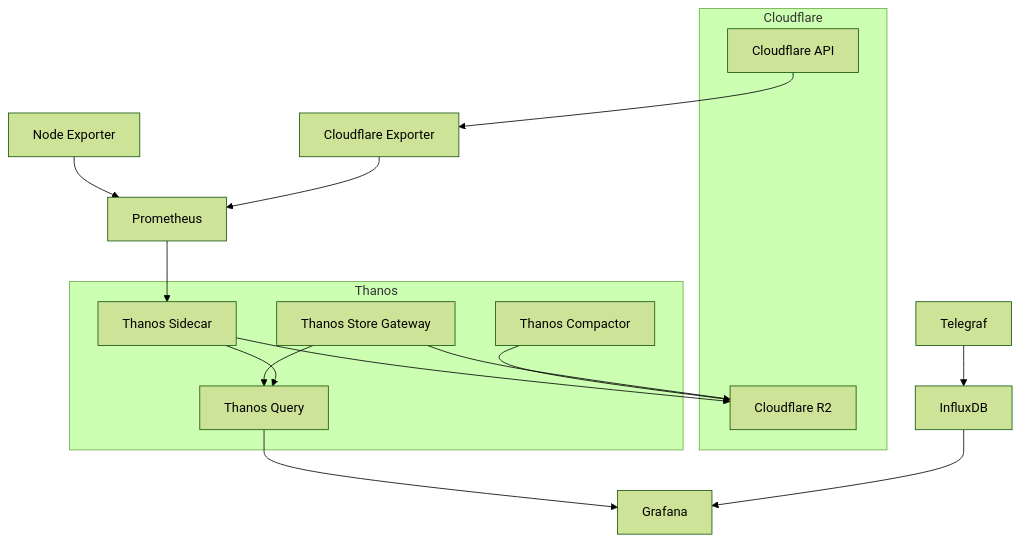
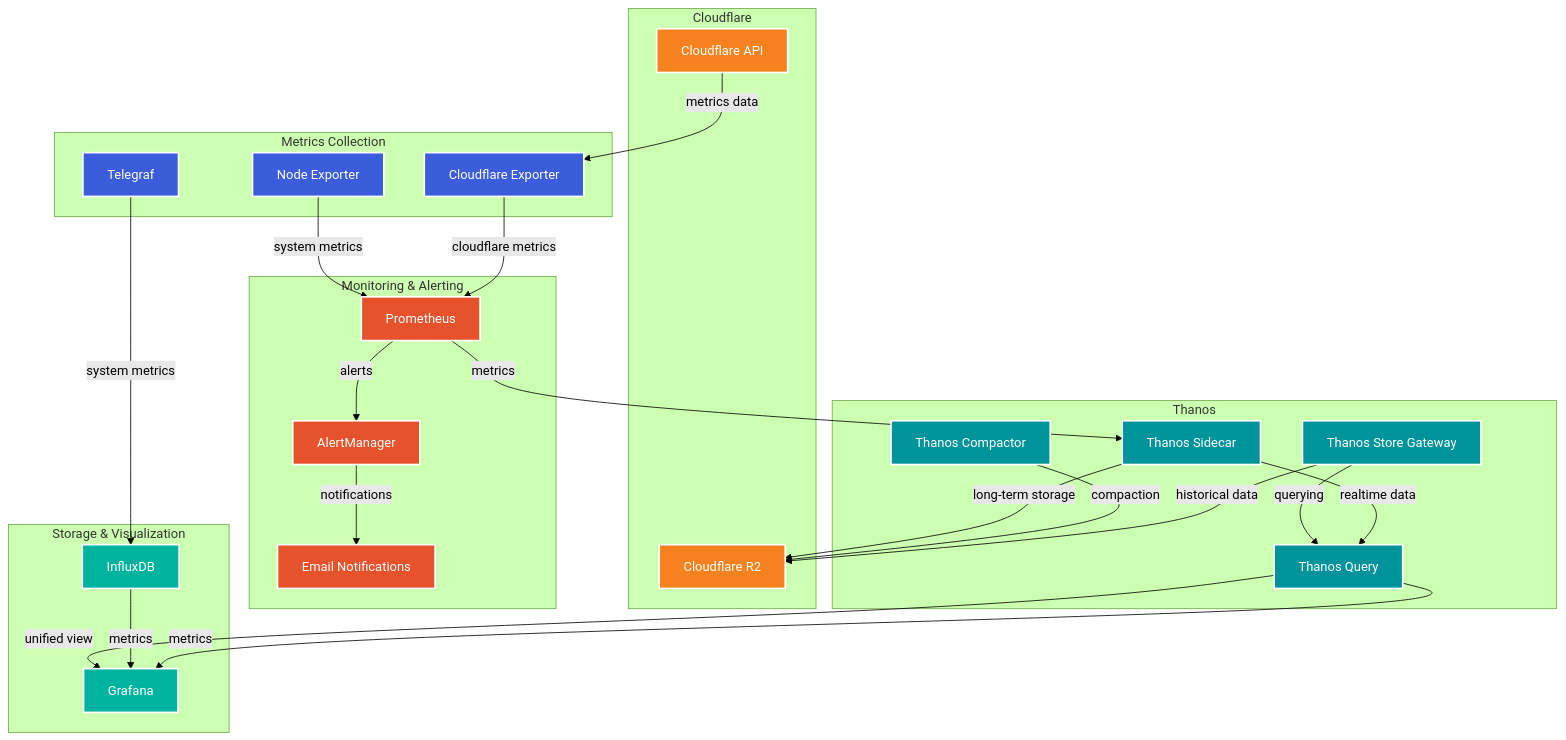
One commit to centminmod/grafana-prometheus-thanos-monitor changed the diagram in readme.md. Above: the diagram before and after it, drawn with Mermaid (forest theme). The commit also changed other lines of this file, not shown here.

Commit message:
updated configuration with alertmanager

````diff
--- a/readme.md
+++ b/readme.md
@@ -42,34 +43,66 @@
 ```mermaid
 graph TD
   subgraph Cloudflare
     A[Cloudflare API]
     B[Cloudflare R2]
   end
 
   subgraph Thanos
     C[Thanos Sidecar]
     D[Thanos Store Gateway]
     E[Thanos Query]
     F[Thanos Compactor]
   end
 
-  G[Prometheus]
-  H[Node Exporter]
-  I[Cloudflare Exporter]
-  J[Telegraf]
-  K[InfluxDB]
-  L[Grafana]
+  subgraph "Monitoring & Alerting"
+    G[Prometheus]
+    M[AlertManager]
+    N[Email Notifications]
+  end
 
-  H --> G
-  I --> G
-  J --> K
-  G --> C
-  C --> B
-  F --> B
-  D --> B
-  D --> E
-  C --> E
-  E --> L
-  K --> L
-  A --> I
+  subgraph "Metrics Collection"
+    H[Node Exporter]
+    I[Cloudflare Exporter]
+    J[Telegraf]
+  end
+
+  subgraph "Storage & Visualization"
+    K[InfluxDB]
+    L[Grafana]
+  end
+
+  %% Metric Collection Flows
+  H -->|system metrics| G
+  I -->|cloudflare metrics| G
+  J -->|system metrics| K
+  A -->|metrics data| I
+
+  %% Thanos Data Flow
+  G -->|metrics| C
+  C -->|long-term storage| B
+  F -->|compaction| B
+  D -->|historical data| B
+  D -->|querying| E
+  C -->|realtime data| E
+  E -->|unified view| L
+
+  %% AlertManager Flow
+  G -->|alerts| M
+  M -->|notifications| N
+
+  %% Visualization Flow
+  K -->|metrics| L
+  E -->|metrics| L
+
+  classDef cloudflare fill:#F6821F,stroke:#fff,stroke-width:2px,color:#fff
+  classDef thanos fill:#00939C,stroke:#fff,stroke-width:2px,color:#fff
+  classDef monitoring fill:#E6522C,stroke:#fff,stroke-width:2px,color:#fff
+  classDef metrics fill:#3B5CDB,stroke:#fff,stroke-width:2px,color:#fff
+  classDef storage fill:#00B39F,stroke:#fff,stroke-width:2px,color:#fff
+
+  class A,B cloudflare
+  class C,D,E,F thanos
+  class G,M,N monitoring
+  class H,I,J metrics
+  class K,L storage
 ```
````
